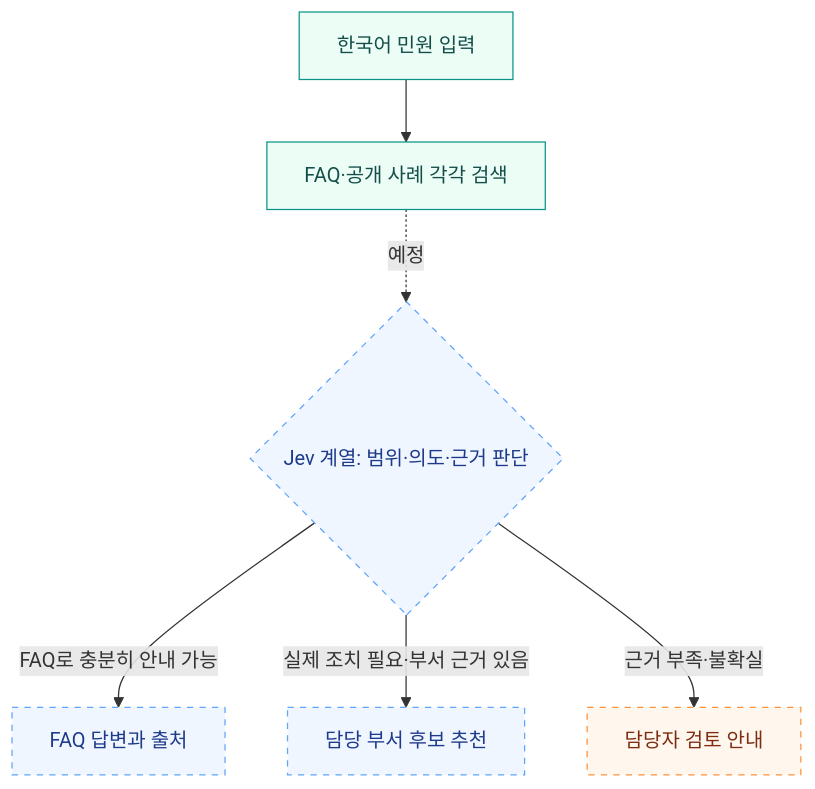
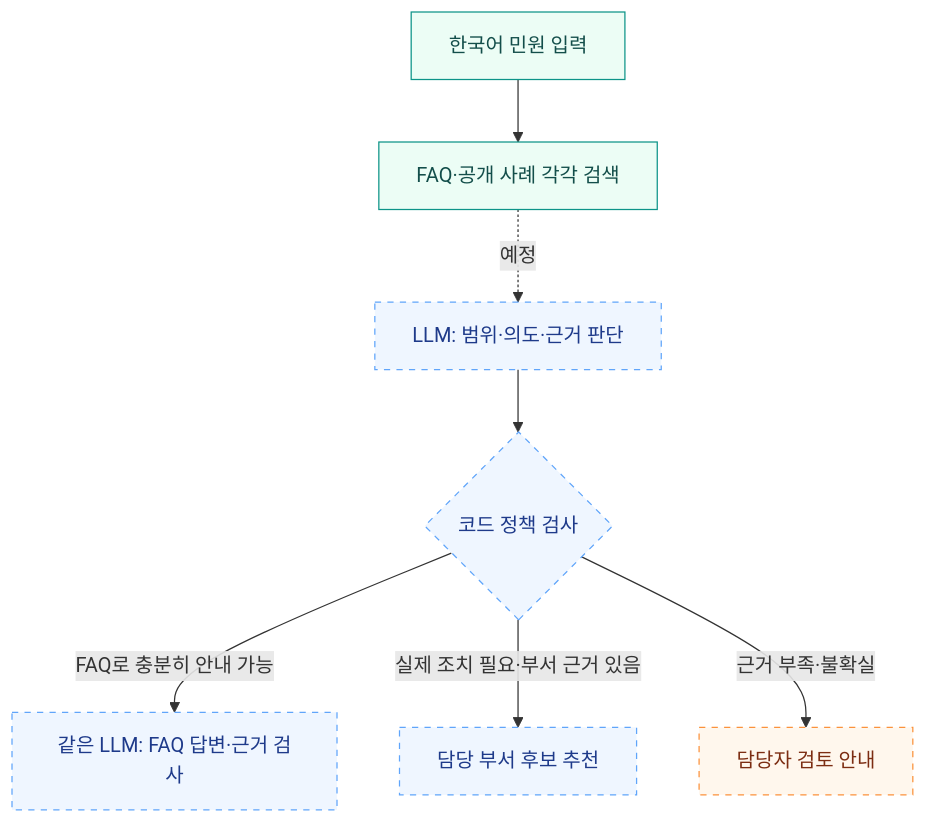
One commit to hy040504/ai-complaint-process changed the diagram in README.md. Above: the diagram before and after it, drawn with Mermaid. The commit also changed other lines of this file and 14 other files, not shown here.

Commit message:
docs: prioritize LLM plus RAG and defer Jev integration

````diff
--- a/README.md
+++ b/README.md
@@ -67,14 +68,15 @@
 ```mermaid
 flowchart TD
     A[한국어 민원 입력] --> R[FAQ·공개 사례 각각 검색]
-    R -. 예정 .-> G{Jev 계열: 범위·의도·근거 판단}
-    G -->|FAQ로 충분히 안내 가능| F[FAQ 답변과 출처]
-    G -->|실제 조치 필요·부서 근거 있음| D[담당 부서 후보 추천]
-    G -->|근거 부족·불확실| H[담당자 검토 안내]
+    R -. 예정 .-> G[LLM: 범위·의도·근거 판단]
+    G --> P{코드 정책 검사}
+    P -->|FAQ로 충분히 안내 가능| F[같은 LLM: FAQ 답변·근거 검사]
+    P -->|실제 조치 필요·부서 근거 있음| D[담당 부서 후보 추천]
+    P -->|근거 부족·불확실| H[담당자 검토 안내]
     classDef ready fill:#ecfdf5,stroke:#0d9488,color:#134e4a
     classDef planned fill:#eff6ff,stroke:#60a5fa,color:#1e3a8a,stroke-dasharray:5 5
     classDef human fill:#fff7ed,stroke:#fb923c,color:#7c2d12,stroke-dasharray:5 5
     class A,R ready
-    class G,F,D planned
+    class G,P,F,D planned
     class H human
 ```
````
